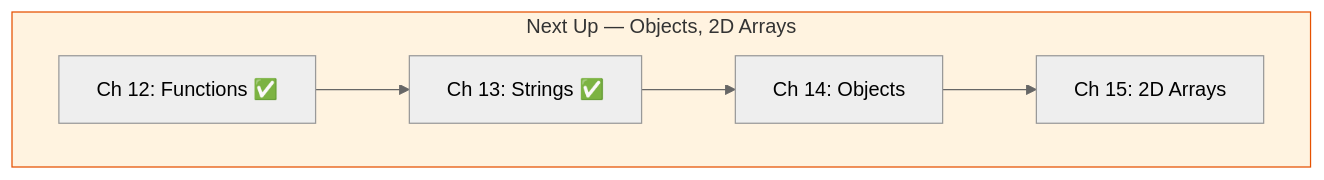
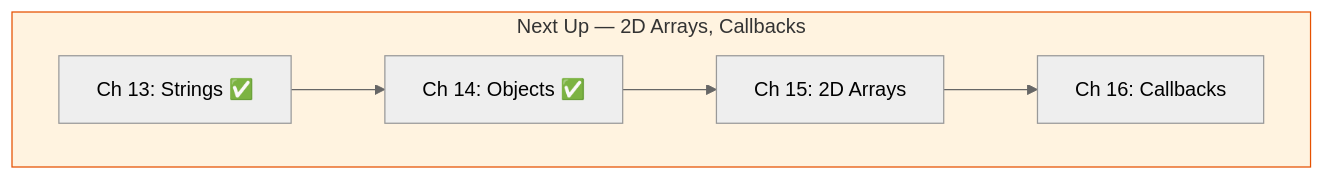
Diagram 51 of 53 in README.md (AnandTongbram/LearnPlaywrightBatch2x), drawn with Mermaid (neutral theme) before and after one commit. The commit also changed other lines of this file and 15 other files, not shown here.

````diff
--- a/README.md
+++ b/README.md
@@ -3099,10 +3468,10 @@
 ```mermaid
 graph TD
-    subgraph next["Next Up — Objects, 2D Arrays"]
-        N1[Ch 12: Functions ✅] --> N2[Ch 13: Strings ✅]
-        N2 --> N3[Ch 14: Objects]
-        N3 --> N4[Ch 15: 2D Arrays]
+    subgraph next["Next Up — 2D Arrays, Callbacks"]
+        N1[Ch 13: Strings ✅] --> N2[Ch 14: Objects ✅]
+        N2 --> N3[Ch 15: 2D Arrays]
+        N3 --> N4[Ch 16: Callbacks]
     end
 
     style next fill:#fff3e0,stroke:#e65100
 ```
````
